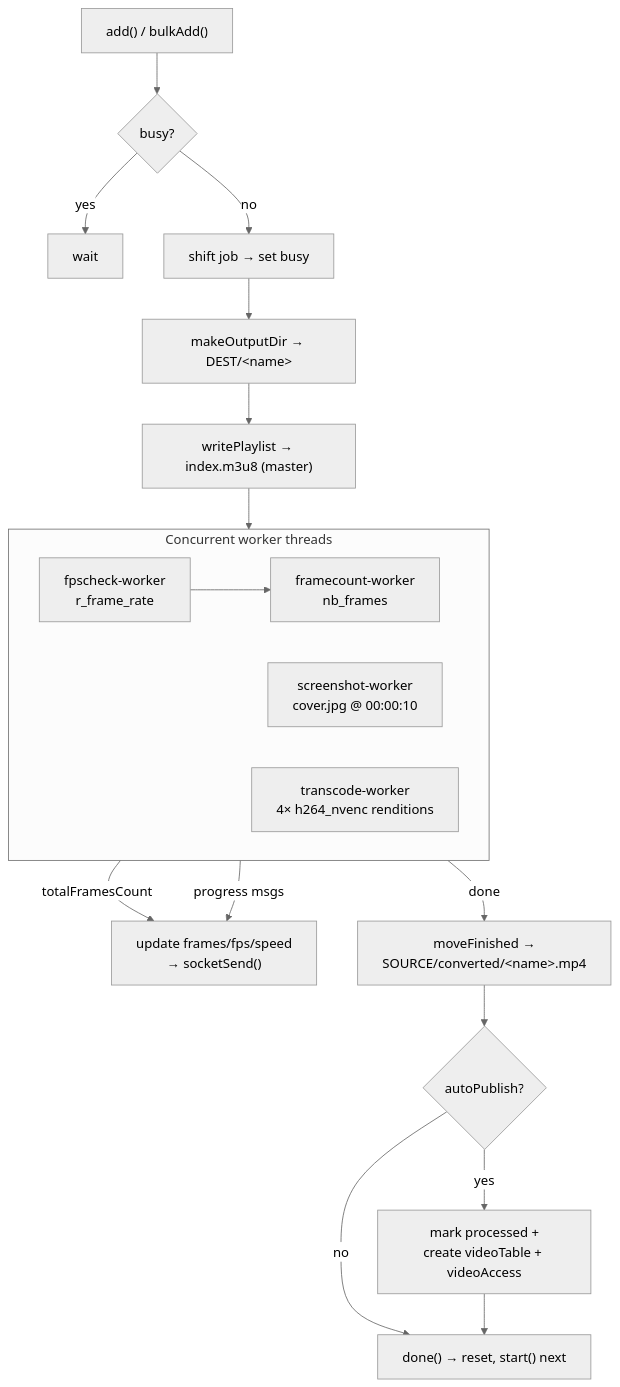
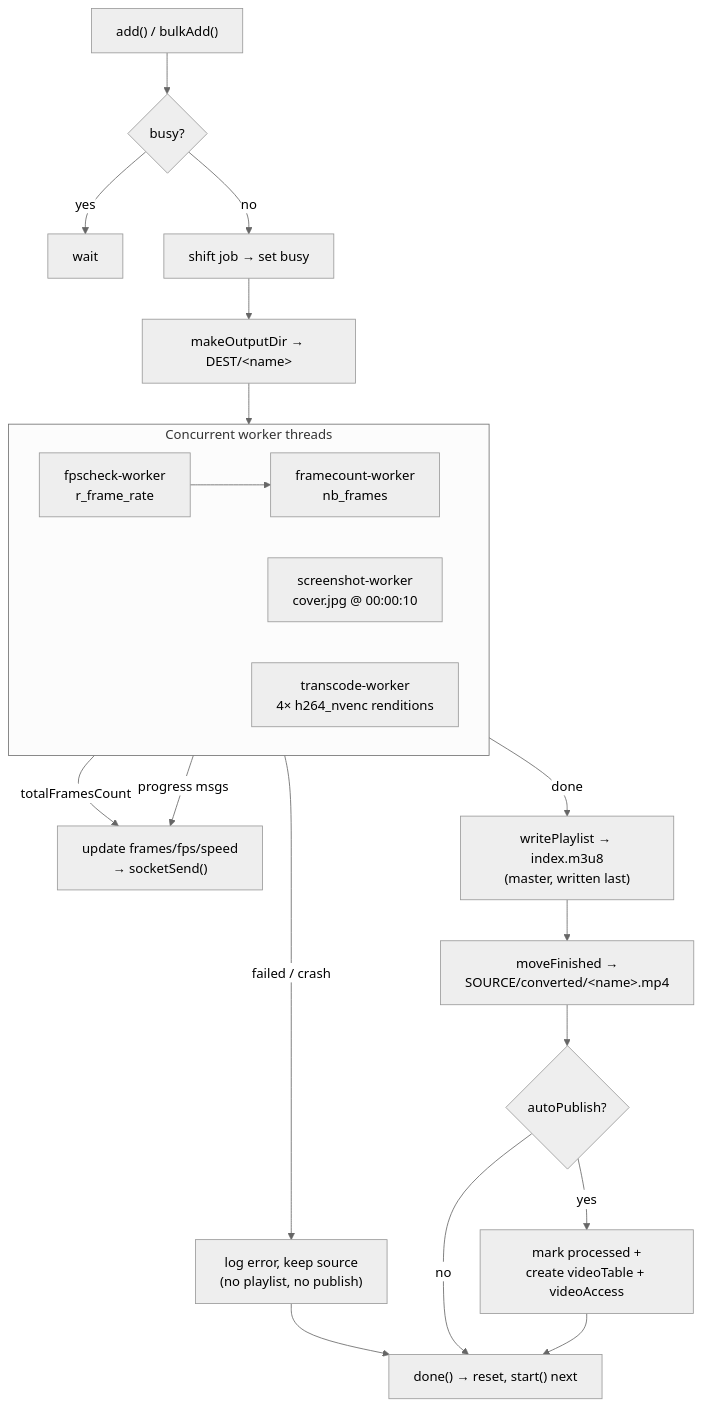
Before and after one commit to bossoq/auto-convert-to-hls: the fifth of 7 diagrams in docs/ARCHITECTURE.md, drawn with Mermaid (neutral theme). The commit also changed other lines of this file and 8 other files, not shown here.

````diff
--- a/docs/ARCHITECTURE.md
+++ b/docs/ARCHITECTURE.md
@@ -163,24 +166,26 @@
 ```mermaid
 flowchart TD
     ADD["add() / bulkAdd()"] --> START{busy?}
     START -->|yes| WAIT["wait"]
     START -->|no| SHIFT["shift job → set busy"]
     SHIFT --> MKDIR["makeOutputDir → DEST/&lt;name&gt;"]
-    MKDIR --> PLAY["writePlaylist → index.m3u8 (master)"]
-    PLAY --> FAN
+    MKDIR --> FAN
 
     subgraph FAN["Concurrent worker threads"]
         direction LR
         FPS["fpscheck-worker<br/>r_frame_rate"] --> FC["framecount-worker<br/>nb_frames"]
         SS["screenshot-worker<br/>cover.jpg @ 00:00:10"]
         TC["transcode-worker<br/>4× h264_nvenc renditions"]
     end
 
     FC -->|totalFramesCount| PROG
     TC -->|progress msgs| PROG["update frames/fps/speed<br/>→ socketSend()"]
-    TC -->|done| MOVE["moveFinished →<br/>SOURCE/converted/&lt;name&gt;.mp4"]
+    TC -->|"failed / crash"| FAIL["log error, keep source<br/>(no playlist, no publish)"]
+    FAIL --> DONE
+    TC -->|done| PLAY["writePlaylist → index.m3u8<br/>(master, written last)"]
+    PLAY --> MOVE["moveFinished →<br/>SOURCE/converted/&lt;name&gt;.mp4"]
     MOVE --> PUB{autoPublish?}
     PUB -->|yes| DB["mark processed +<br/>create videoTable + videoAccess"]
     PUB -->|no| DONE
     DB --> DONE["done() → reset, start() next"]
 ```
````
